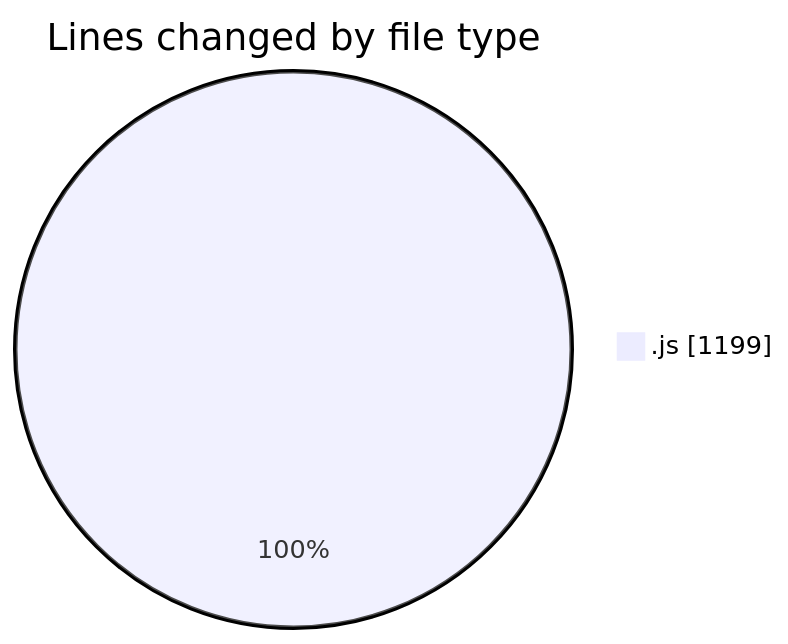
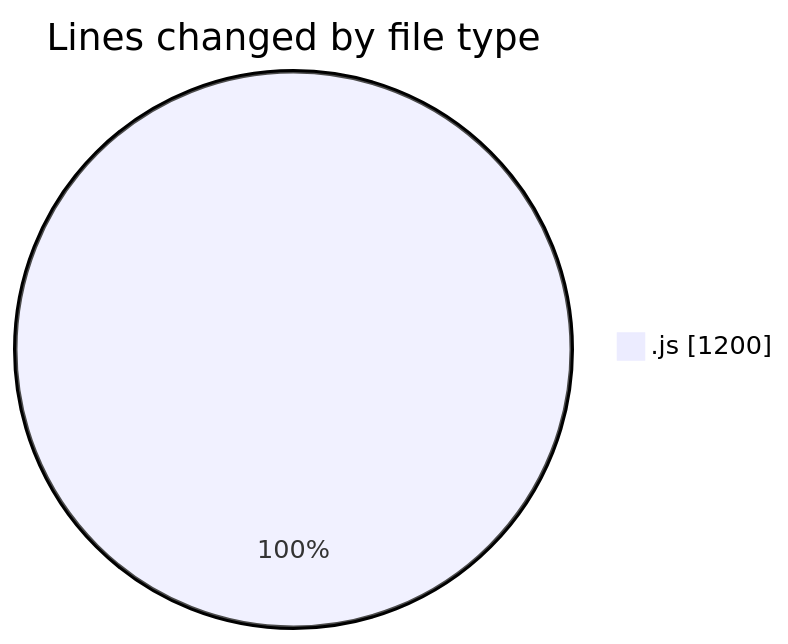
The first of 2 diagrams in 2025-09-08/cashcalculator/README.md (nxtqubesakshisongat/code-tracking), drawn with Mermaid before and after one commit. The commit also changed other lines of this file and 1 other file, not shown here.

````diff
--- a/2025-09-08/cashcalculator/README.md
+++ b/2025-09-08/cashcalculator/README.md
@@ -20,5 +20,5 @@
 ```mermaid
 pie showData
 title Lines changed by file type
-".js" : 1199
+".js" : 1200
 ```
````
